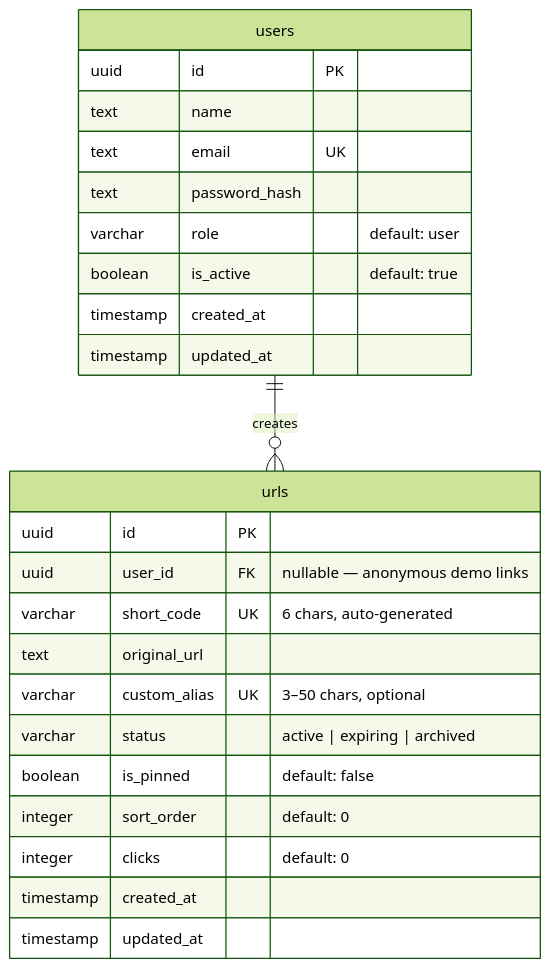
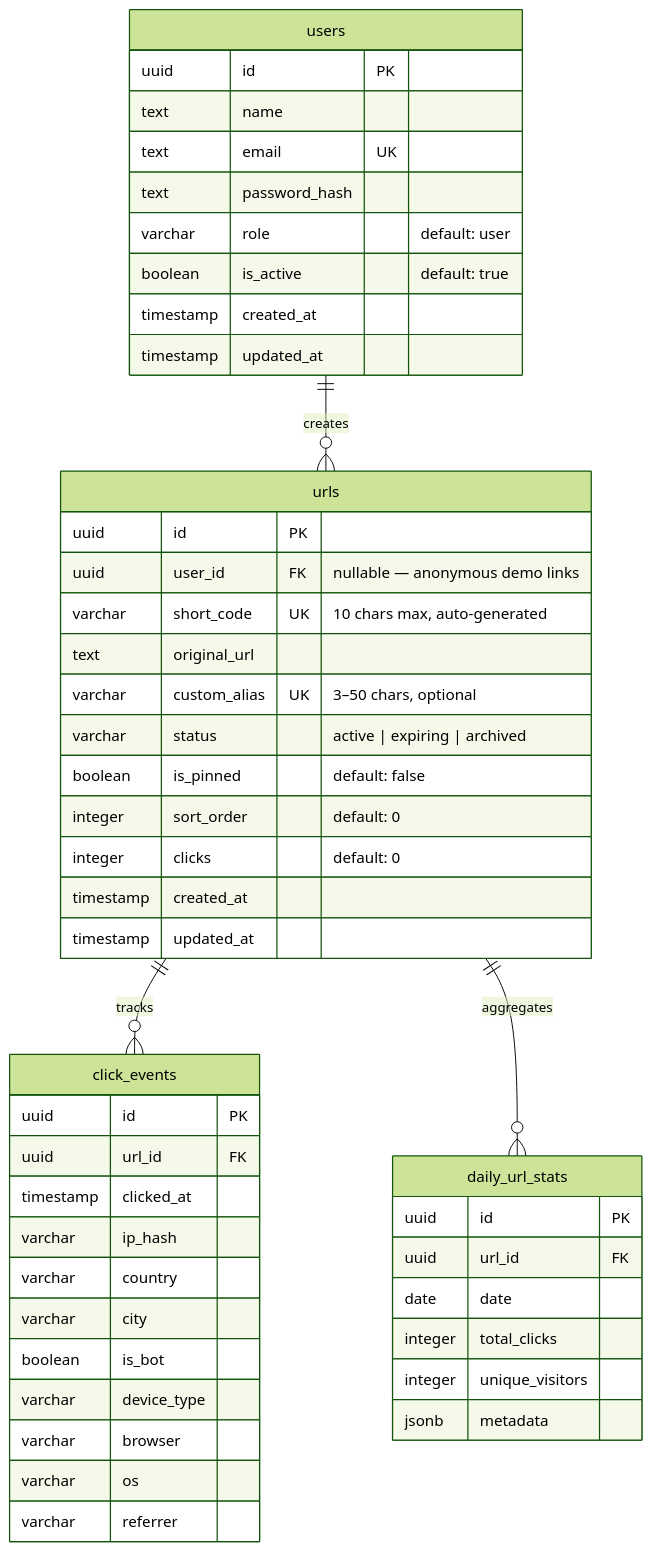
One commit to Harshkatare/clicku-url-shortener changed the second of 2 diagrams in README.md. Above: the diagram before and after it, drawn with Mermaid (forest theme). The commit also changed other lines of this file and 4 other files, not shown here.

Commit message:
docs: synchronize documentation and schemas with v0.8.0 codebase

````diff
--- a/README.md
+++ b/README.md
@@ -188,27 +188,50 @@
 ```mermaid
 erDiagram
     users ||--o{ urls : creates
+    urls ||--o{ click_events : tracks
+    urls ||--o{ daily_url_stats : aggregates
     users {
         uuid id PK
         text name
         text email UK
         text password_hash
         varchar role "default: user"
         boolean is_active "default: true"
         timestamp created_at
         timestamp updated_at
     }
     urls {
         uuid id PK
         uuid user_id FK "nullable — anonymous demo links"
-        varchar short_code UK "6 chars, auto-generated"
+        varchar short_code UK "10 chars max, auto-generated"
         text original_url
         varchar custom_alias UK "3–50 chars, optional"
         varchar status "active | expiring | archived"
         boolean is_pinned "default: false"
         integer sort_order "default: 0"
         integer clicks "default: 0"
         timestamp created_at
         timestamp updated_at
     }
+    click_events {
+        uuid id PK
+        uuid url_id FK
+        timestamp clicked_at
+        varchar ip_hash
+        varchar country
+        varchar city
+        boolean is_bot
+        varchar device_type
+        varchar browser
+        varchar os
+        varchar referrer
+    }
+    daily_url_stats {
+        uuid id PK
+        uuid url_id FK
+        date date
+        integer total_clicks
+        integer unique_visitors
+        jsonb metadata
+    }
 ```
````
